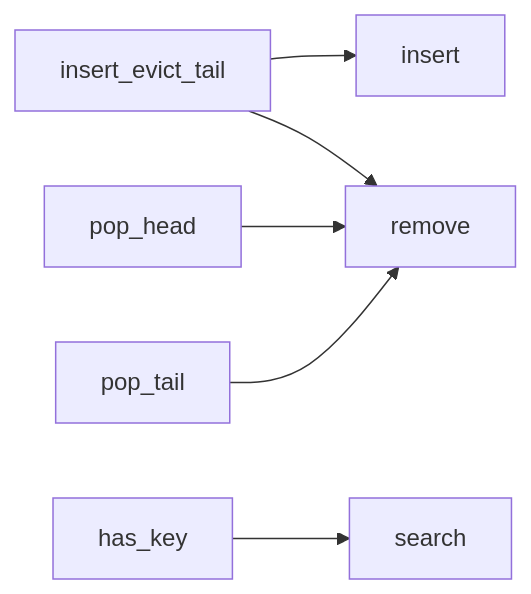
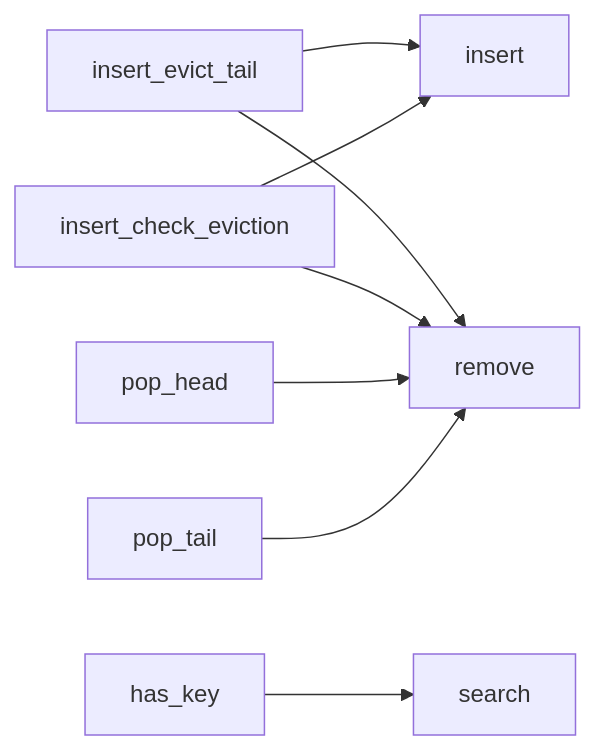
The fourth of 4 diagrams in src/move/econia/build/Econia/docs/avl_queue.md (econia-labs/econia), drawn with Mermaid before and after one commit. The commit also changed other lines of this file and 2 other files, not shown here.

Commit message:
Add insert with eviction tests

````diff
--- a/src/move/econia/build/Econia/docs/avl_queue.md
+++ b/src/move/econia/build/Econia/docs/avl_queue.md
@@ -684,14 +685,17 @@
 ```mermaid
 
 flowchart LR
 
 insert_evict_tail --> insert
 insert_evict_tail --> remove
+
+insert_check_eviction --> remove
+insert_check_eviction --> insert
 
 has_key --> search
 
 pop_head --> remove
 
 pop_tail --> remove
 
 ```
````
